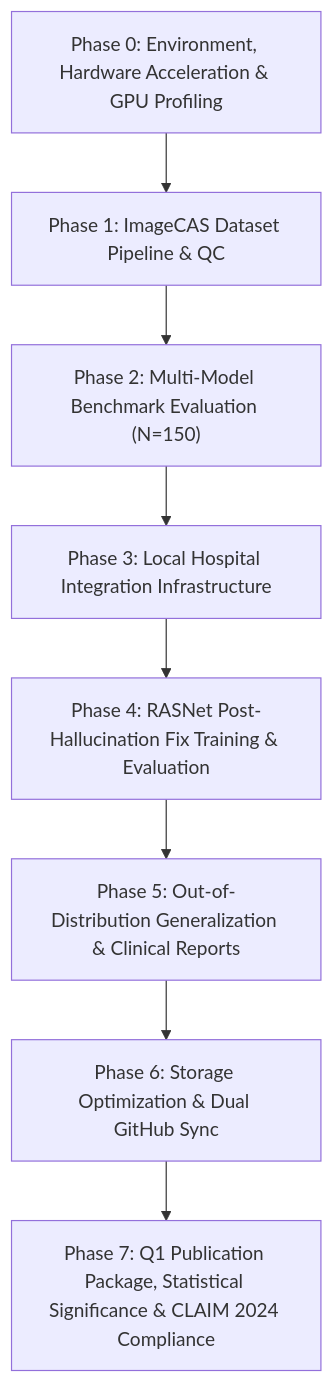
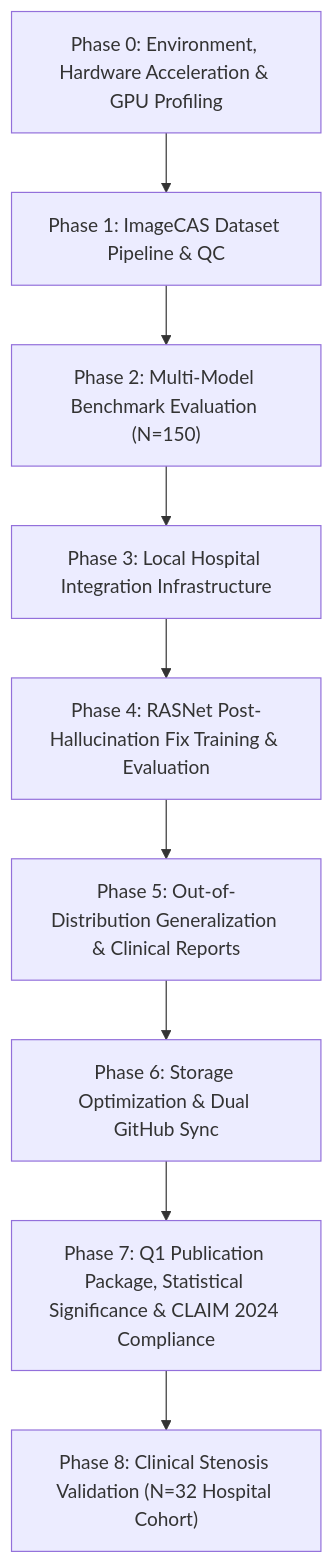
Before and after one commit to DigontaDas/Efficient-3D-Tiled-CNN-Architecture: the diagram in Upto-What's-done.md, drawn with Mermaid. The commit also changed other lines of this file and 7 other files, not shown here.

````diff
--- a/Upto-What's-done.md
+++ b/Upto-What's-done.md
@@ -9,10 +9,11 @@
 ```mermaid
 flowchart TD
     A["Phase 0: Environment, Hardware Acceleration & GPU Profiling"] --> B["Phase 1: ImageCAS Dataset Pipeline & QC"]
     B --> C["Phase 2: Multi-Model Benchmark Evaluation (N=150)"]
     C --> D["Phase 3: Local Hospital Integration Infrastructure"]
     D --> E["Phase 4: RASNet Post-Hallucination Fix Training & Evaluation"]
     E --> F["Phase 5: Out-of-Distribution Generalization & Clinical Reports"]
     F --> G["Phase 6: Storage Optimization & Dual GitHub Sync"]
     G --> H["Phase 7: Q1 Publication Package, Statistical Significance & CLAIM 2024 Compliance"]
+    H --> I["Phase 8: Clinical Stenosis Validation (N=32 Hospital Cohort)"]
 ```
````
